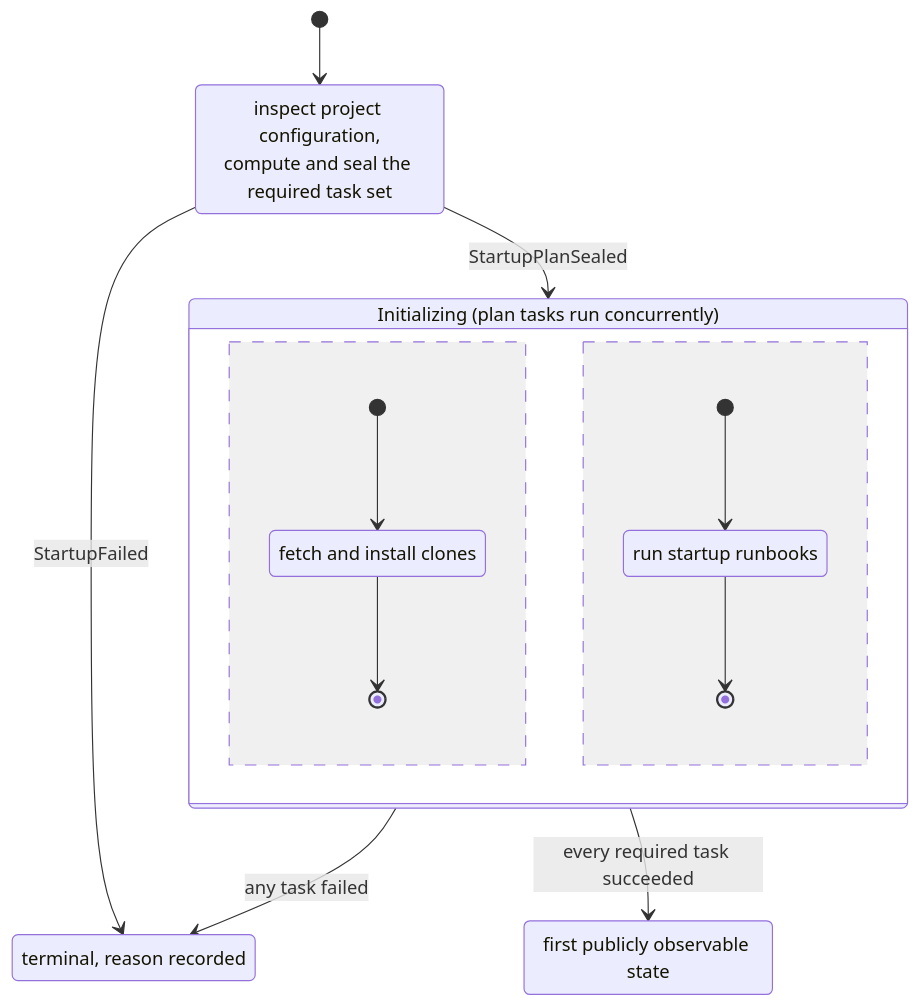
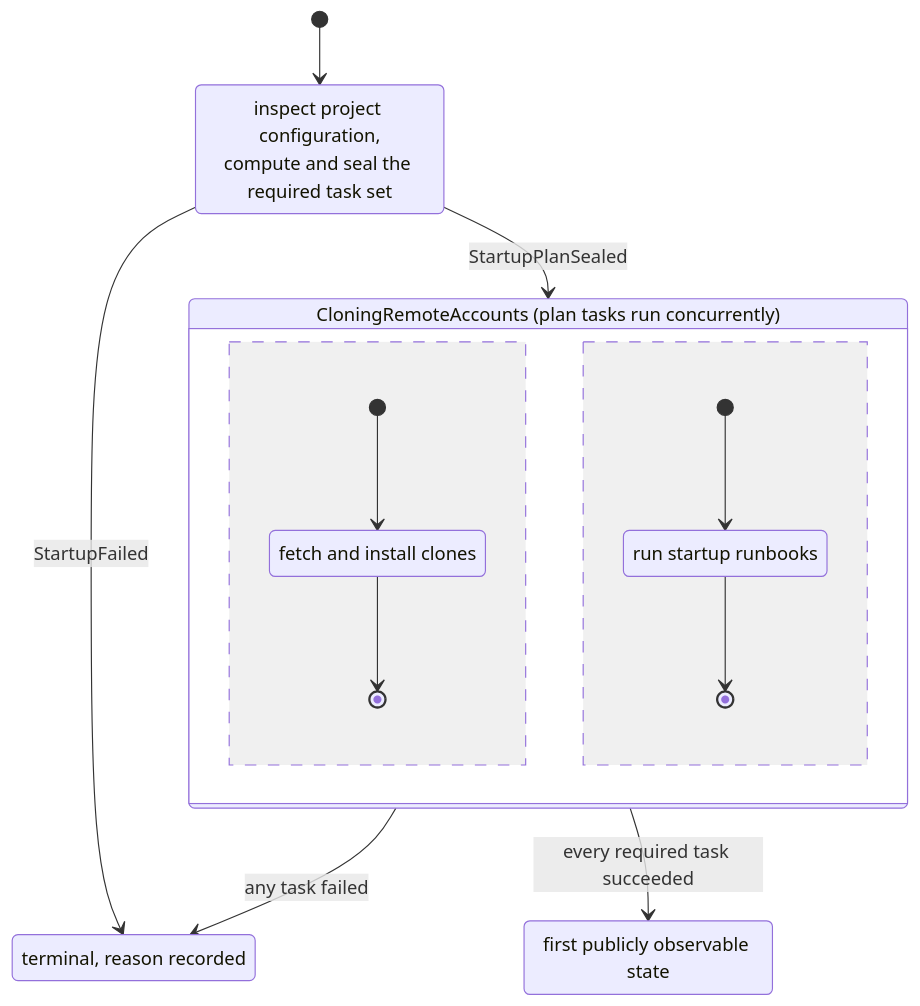
One commit to solana-foundation/surfpool changed the diagram in crates/types/src/startup-lifecycle.md. Above: the diagram before and after it, drawn with Mermaid. The commit also changed other lines of this file and 11 other files, not shown here.

````diff
--- a/crates/types/src/startup-lifecycle.md
+++ b/crates/types/src/startup-lifecycle.md
@@ -16,23 +16,23 @@
 ```mermaid
 stateDiagram-v2
     [*] --> Planning
     Planning : inspect project configuration,<br/>compute and seal the required task set
-    Planning --> Initializing : StartupPlanSealed
+    Planning --> CloningRemoteAccounts : StartupPlanSealed
     Planning --> Failed : StartupFailed
 
-    state "Initializing (plan tasks run concurrently)" as Initializing {
+    state "CloningRemoteAccounts (plan tasks run concurrently)" as CloningRemoteAccounts {
         [*] --> Hydrating
         Hydrating : fetch and install clones
         Hydrating --> [*]
         --
         [*] --> ExecutingRunbooks
         ExecutingRunbooks : run startup runbooks
         ExecutingRunbooks --> [*]
     }
 
-    Initializing --> Ready : every required task succeeded
-    Initializing --> Failed : any task failed
+    CloningRemoteAccounts --> Ready : every required task succeeded
+    CloningRemoteAccounts --> Failed : any task failed
 
     Ready : first publicly observable state
     Failed : terminal, reason recorded
 ```
````
